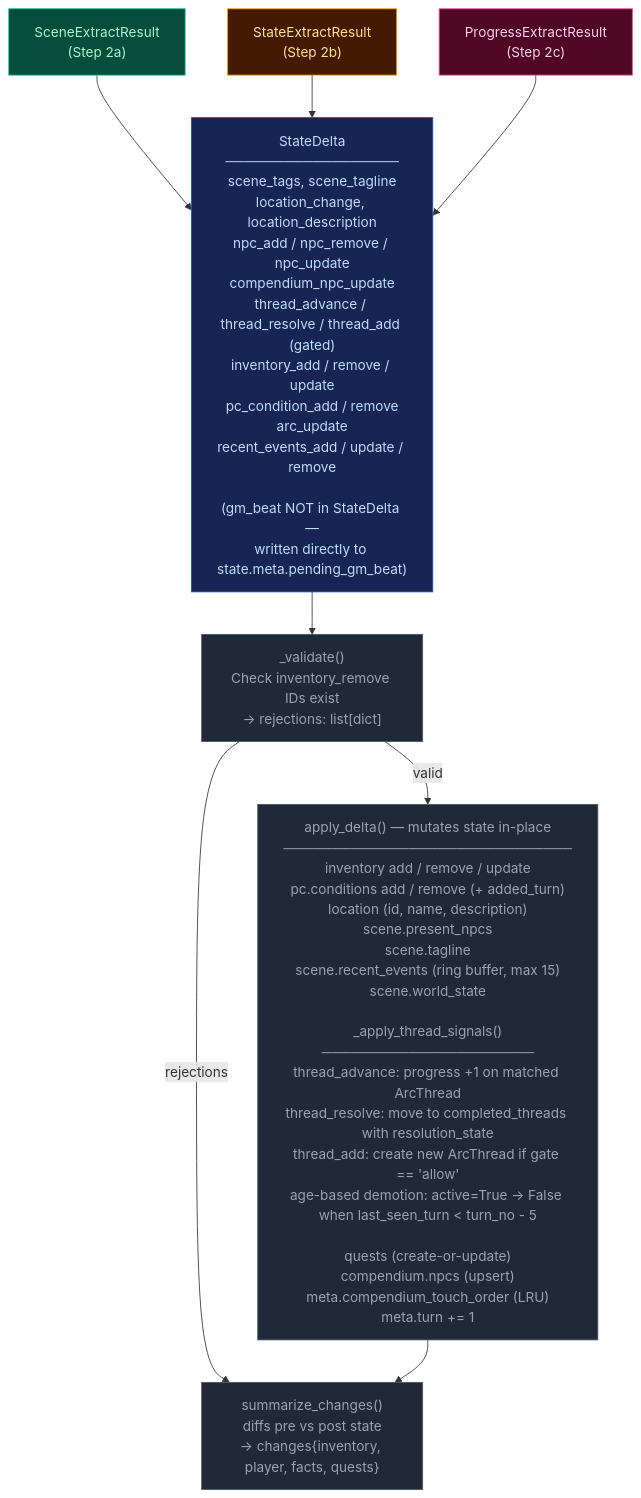
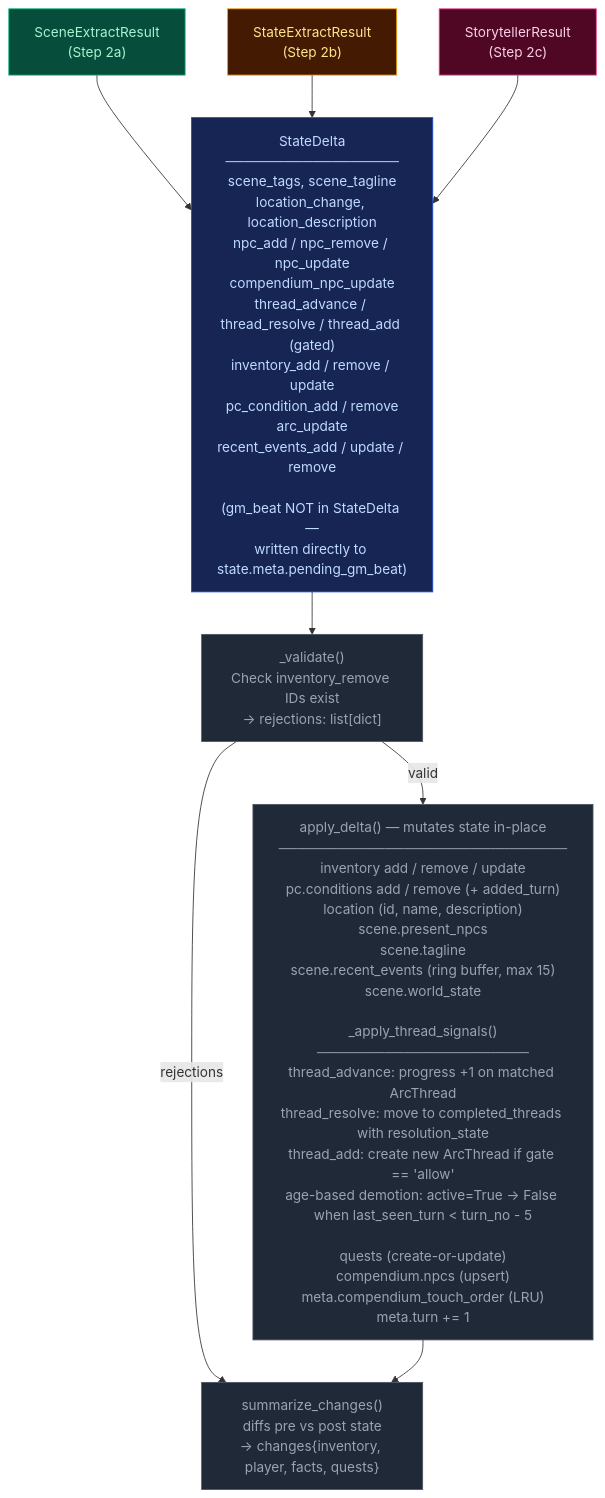
The diagram in docs/architecture/delta-validate.md (pww217/fablethread), drawn with Mermaid before and after one commit. The commit also changed 51 other files, not shown here.

````diff
--- a/docs/architecture/delta-validate.md
+++ b/docs/architecture/delta-validate.md
@@ -7,28 +7,28 @@
 ```mermaid
 flowchart TD
     classDef stageScene    fill:#064e3b,color:#a7f3d0,stroke:#10b981
     classDef stageState    fill:#451a03,color:#fde68a,stroke:#f59e0b
     classDef stageProgress fill:#500724,color:#fbcfe8,stroke:#ec4899
     classDef pyNode        fill:#1f2937,color:#9ca3af,stroke:#4b5563
     classDef mergeNode     fill:#172554,color:#bfdbfe,stroke:#1d4ed8
 
     SR1["SceneExtractResult<br>(Step 2a)"]:::stageScene
     SR2["StateExtractResult<br>(Step 2b)"]:::stageState
-    SR3["ProgressExtractResult<br>(Step 2c)"]:::stageProgress
+    SR3["StorytellerResult<br>(Step 2c)"]:::stageProgress
 
     MERGE["StateDelta<br>──────────────────<br>scene_tags, scene_tagline<br>location_change, location_description<br>npc_add / npc_remove / npc_update<br>compendium_npc_update<br>thread_advance / thread_resolve / thread_add (gated)<br>inventory_add / remove / update<br>pc_condition_add / remove<br>arc_update<br>recent_events_add / update / remove<br><br>(gm_beat NOT in StateDelta —<br>written directly to state.meta.pending_gm_beat)"]:::mergeNode
 
     VALIDATE["_validate()<br>Check inventory_remove IDs exist<br>→ rejections: list[dict]"]:::pyNode
 
     APPLY["apply_delta() — mutates state in-place<br>──────────────────────────────<br>inventory add / remove / update<br>pc.conditions add / remove (+ added_turn)<br>location (id, name, description)<br>scene.present_npcs<br>scene.tagline<br>scene.recent_events (ring buffer, max 15)<br>scene.world_state<br><br>_apply_thread_signals()<br>──────────────────────<br>thread_advance: progress +1 on matched ArcThread<br>thread_resolve: move to completed_threads with resolution_state<br>thread_add: create new ArcThread if gate == 'allow'<br>age-based demotion: active=True → False when last_seen_turn < turn_no - 5<br><br>quests (create-or-update)<br>compendium.npcs (upsert)<br>meta.compendium_touch_order (LRU)<br>meta.turn += 1"]:::pyNode
 
     DIFF["summarize_changes()<br>diffs pre vs post state<br>→ changes{inventory, player, facts, quests}"]:::pyNode
 
     SR1 --> MERGE
     SR2 --> MERGE
     SR3 --> MERGE
     MERGE --> VALIDATE
     VALIDATE -- "valid" --> APPLY
     VALIDATE -- "rejections" --> DIFF
     APPLY --> DIFF
 ```
````
